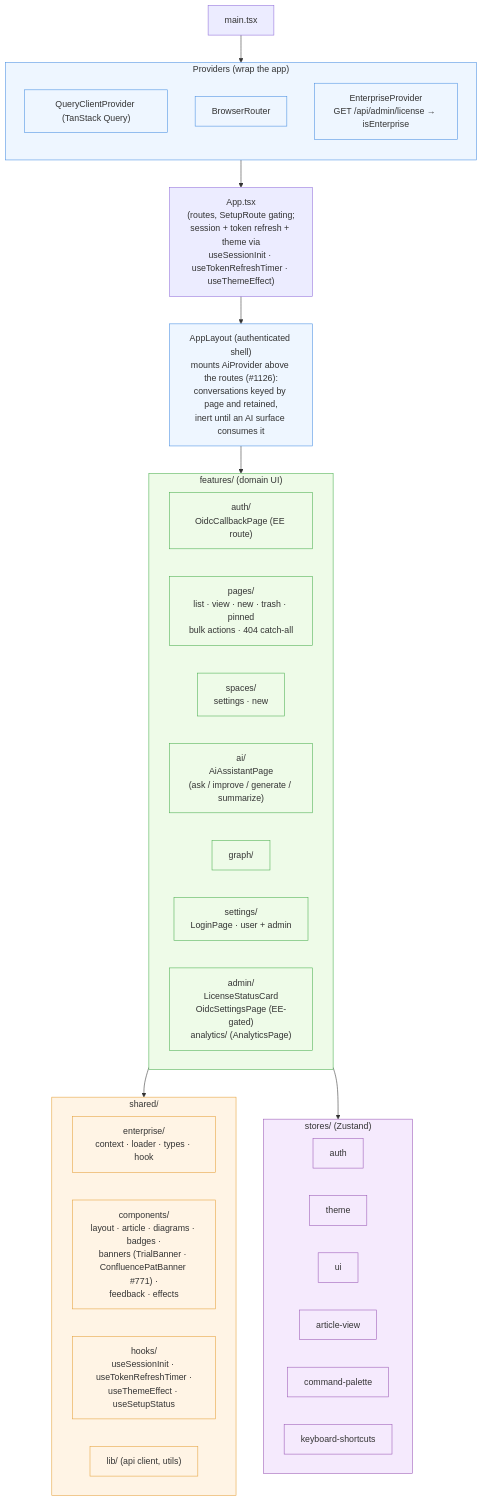
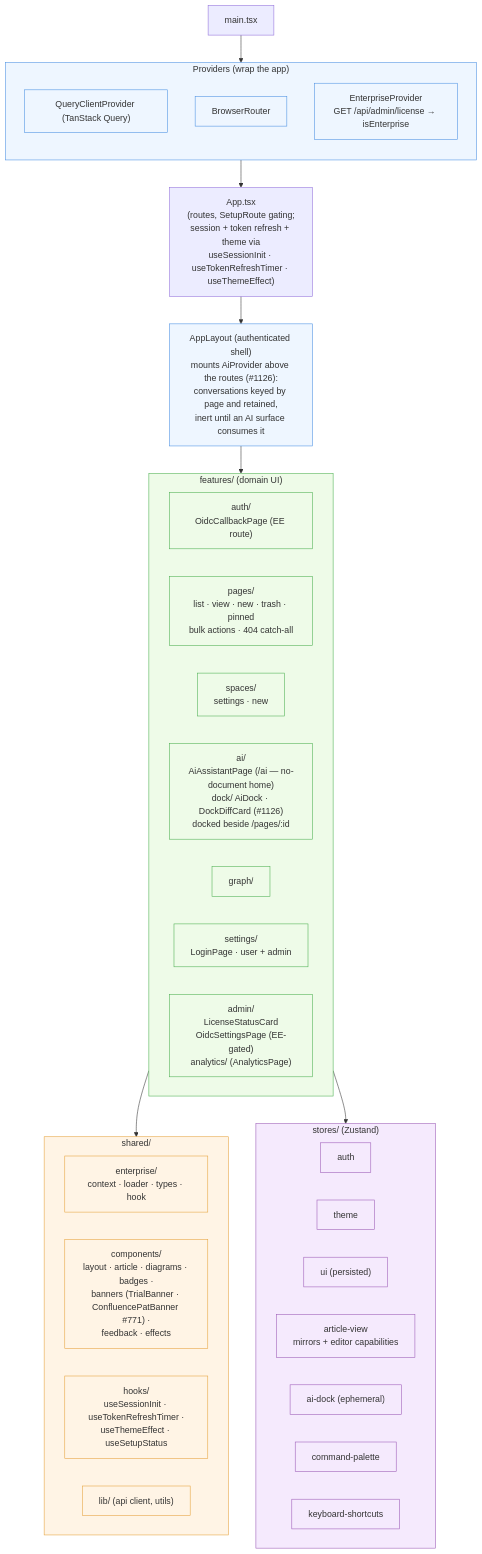
Before and after one commit to Compendiq/compendiq-ce: the first of 3 diagrams in docs/architecture/04-frontend-structure.md, drawn with Mermaid. The commit also changed other lines of this file and 27 other files, not shown here.

First line of the commit message:
feat(ai): dock the assistant beside the article (#1126, PR 2 of 3)

````diff
--- a/docs/architecture/04-frontend-structure.md
+++ b/docs/architecture/04-frontend-structure.md
@@ -8,58 +8,59 @@
 ```mermaid
 flowchart TB
     main["main.tsx"]
 
     subgraph providers["Providers (wrap the app)"]
         direction TB
         qp["QueryClientProvider (TanStack Query)"]
         rp["BrowserRouter"]
         ep["EnterpriseProvider<br/>GET /api/admin/license → isEnterprise"]
     end
 
     main --> providers
     providers --> app["App.tsx<br/>(routes, SetupRoute gating;<br/>session + token refresh + theme via<br/>useSessionInit · useTokenRefreshTimer · useThemeEffect)"]
 
     subgraph features["features/ (domain UI)"]
         direction LR
         fAuth["auth/<br/>OidcCallbackPage (EE route)"]
         fPages["pages/<br/>list · view · new · trash · pinned<br/>bulk actions · 404 catch-all"]
         fSpaces["spaces/<br/>settings · new"]
-        fAI["ai/<br/>AiAssistantPage<br/>(ask / improve / generate / summarize)"]
+        fAI["ai/<br/>AiAssistantPage (/ai — no-document home)<br/>dock/ AiDock · DockDiffCard (#1126)<br/>docked beside /pages/:id"]
         fGraph["graph/"]
         fSettings["settings/<br/>LoginPage · user + admin"]
         fAdmin["admin/<br/>LicenseStatusCard<br/>OidcSettingsPage (EE-gated)<br/>analytics/ (AnalyticsPage)"]
     end
 
     app --> shell["AppLayout (authenticated shell)<br/>mounts AiProvider above the routes (#1126):<br/>conversations keyed by page and retained,<br/>inert until an AI surface consumes it"]
     shell --> features
 
     subgraph shared["shared/"]
         direction LR
         sEnt["enterprise/<br/>context · loader · types · hook"]
         sComp["components/<br/>layout · article · diagrams · badges ·<br/>banners (TrialBanner · ConfluencePatBanner #771) ·<br/>feedback · effects"]
         sHooks["hooks/<br/>useSessionInit · useTokenRefreshTimer ·<br/>useThemeEffect · useSetupStatus"]
         sLib["lib/ (api client, utils)"]
     end
 
     features --> shared
 
     subgraph stores["stores/ (Zustand)"]
         zAuth["auth"]
         zTheme["theme"]
-        zUI["ui"]
-        zAV["article-view"]
+        zUI["ui (persisted)"]
+        zAV["article-view<br/>mirrors + editor capabilities"]
+        zDock["ai-dock (ephemeral)"]
         zCmd["command-palette"]
         zKb["keyboard-shortcuts"]
     end
 
     features --> stores
 
     classDef prov fill:#eef6ff,stroke:#4a90e2
     classDef feat fill:#eefbe8,stroke:#4caf50
     classDef sh fill:#fff4e5,stroke:#e5a23c
     classDef st fill:#f5eafd,stroke:#9b59b6
     class providers,qp,rp,ep,shell prov
     class features,fAuth,fPages,fSpaces,fAI,fGraph,fSettings,fAdmin feat
     class shared,sEnt,sComp,sHooks,sLib sh
-    class stores,zAuth,zTheme,zUI,zAV,zCmd,zKb st
+    class stores,zAuth,zTheme,zUI,zAV,zDock,zCmd,zKb st
 ```
````
